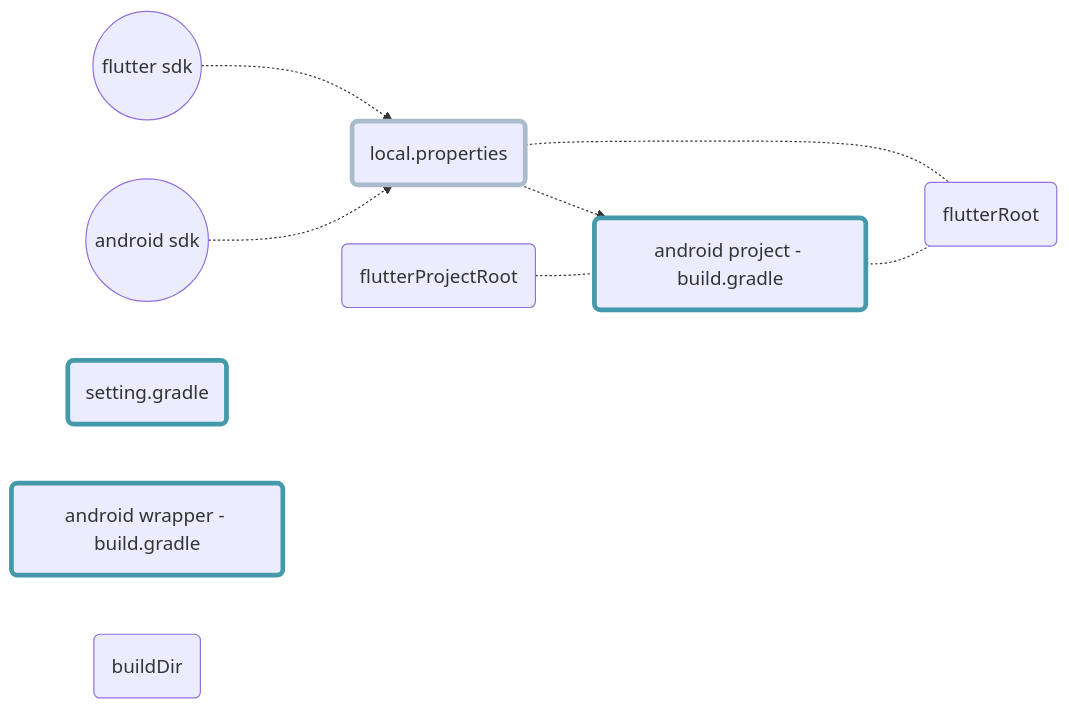
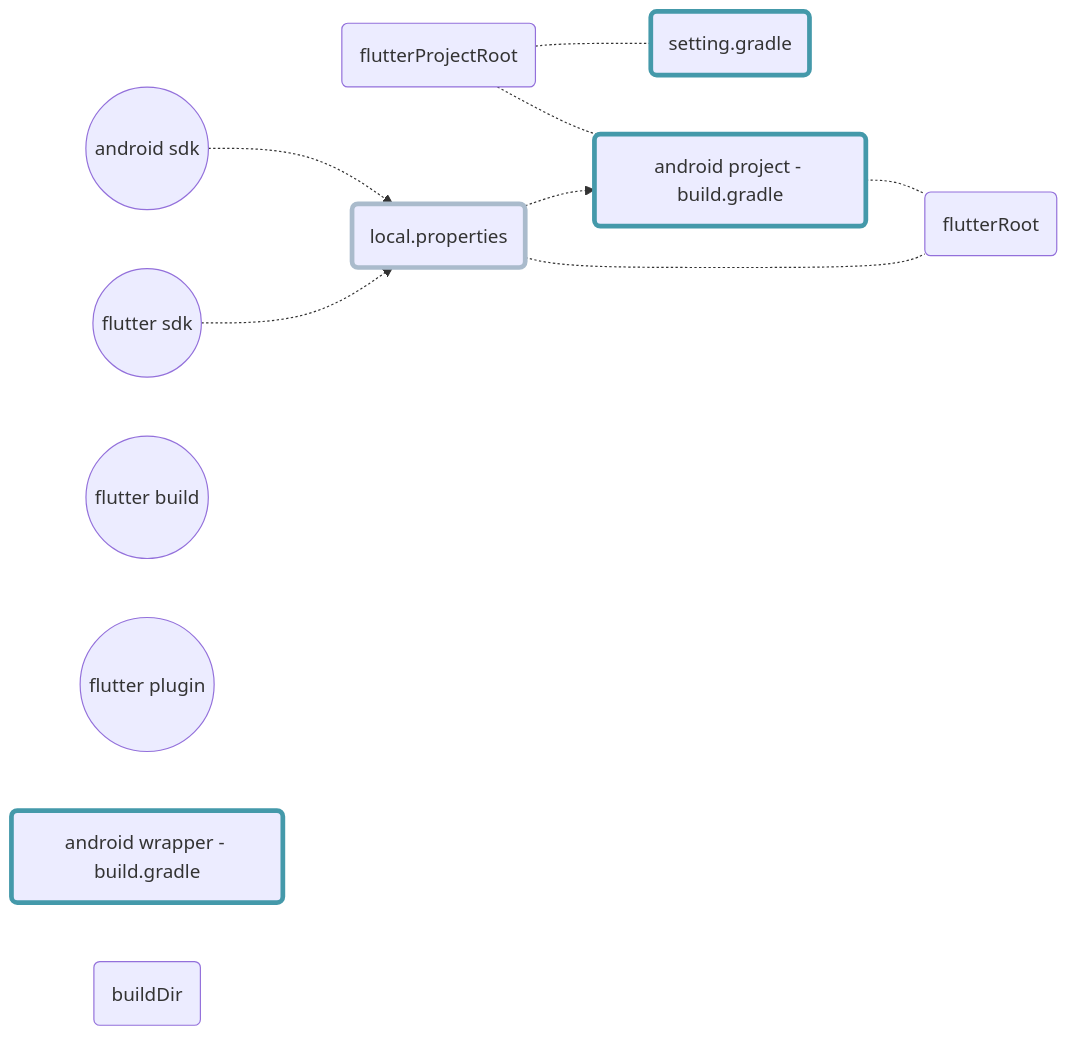
Before and after one commit to gordianknotC/nxp_note: the second of 3 diagrams in flutter/addAndroidProjIntoFlutter.md, drawn with Mermaid. The commit also changed other lines of this file, not shown here.

Commit message:
flutter/addAndroidProjIntoFlutter.md updated from https://stackedit.io/

````diff
--- a/flutter/addAndroidProjIntoFlutter.md
+++ b/flutter/addAndroidProjIntoFlutter.md
@@ -241,25 +241,28 @@
 ```mermaid
 graph LR
 	fdk((flutter sdk))
 	adk((android sdk))
+	fbuild((flutter build))
+	fpgn((flutter plugin))
 	loc(local.properties)
 	
 	set(setting.gradle)
 	b1(android wrapper - build.gradle)
 	b2(android project - build.gradle)
 	style b1 stroke-width:4px, stroke:#49a
 	style b2 stroke-width:4px, stroke:#49a
 	style set stroke-width:4px, stroke:#49a
 	style loc stroke-width:4px, stroke:#abc
 
 	dfr(flutterRoot)
 	dfp(flutterProjectRoot)
 	dfb(buildDir)
 	
 	fdk -.-> loc
 	adk -.-> loc
 	loc -.-> b2
 	loc -.- dfr
 	b2 -.- dfr
 	dfp -.- b2
+	dfp -.- set
 ```
````
